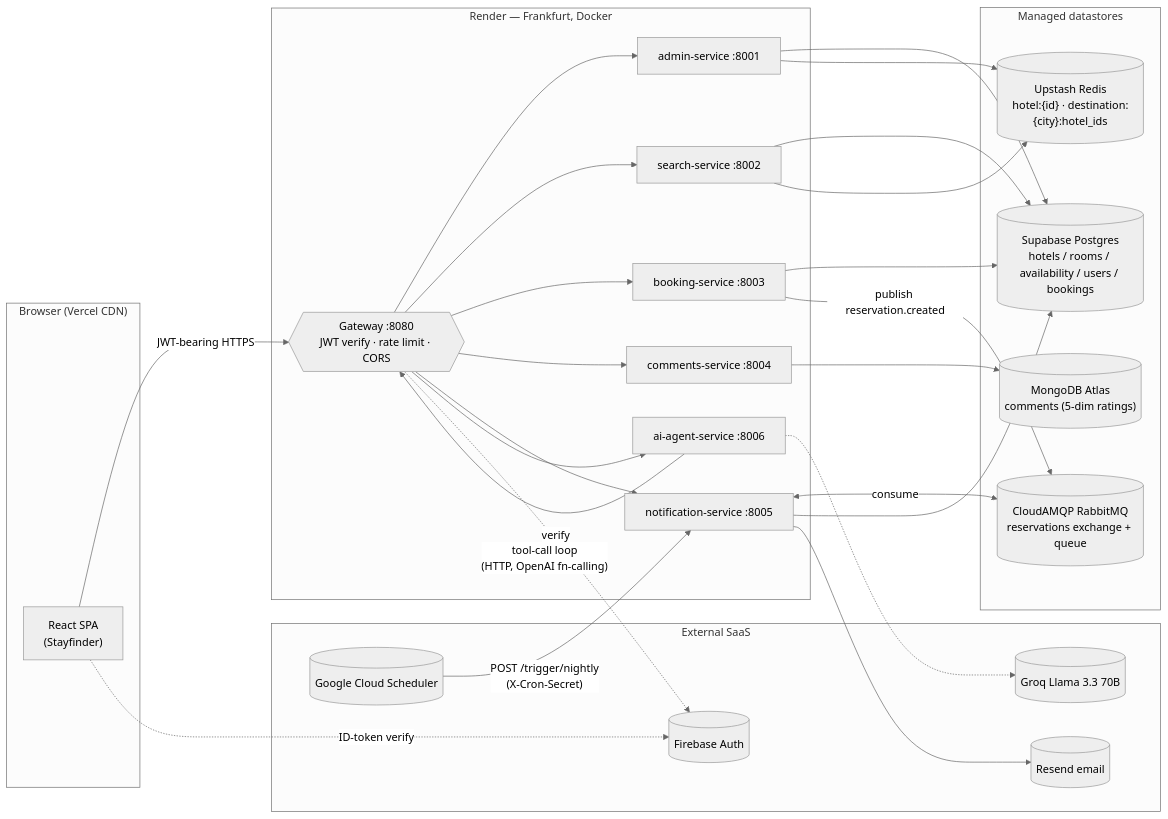
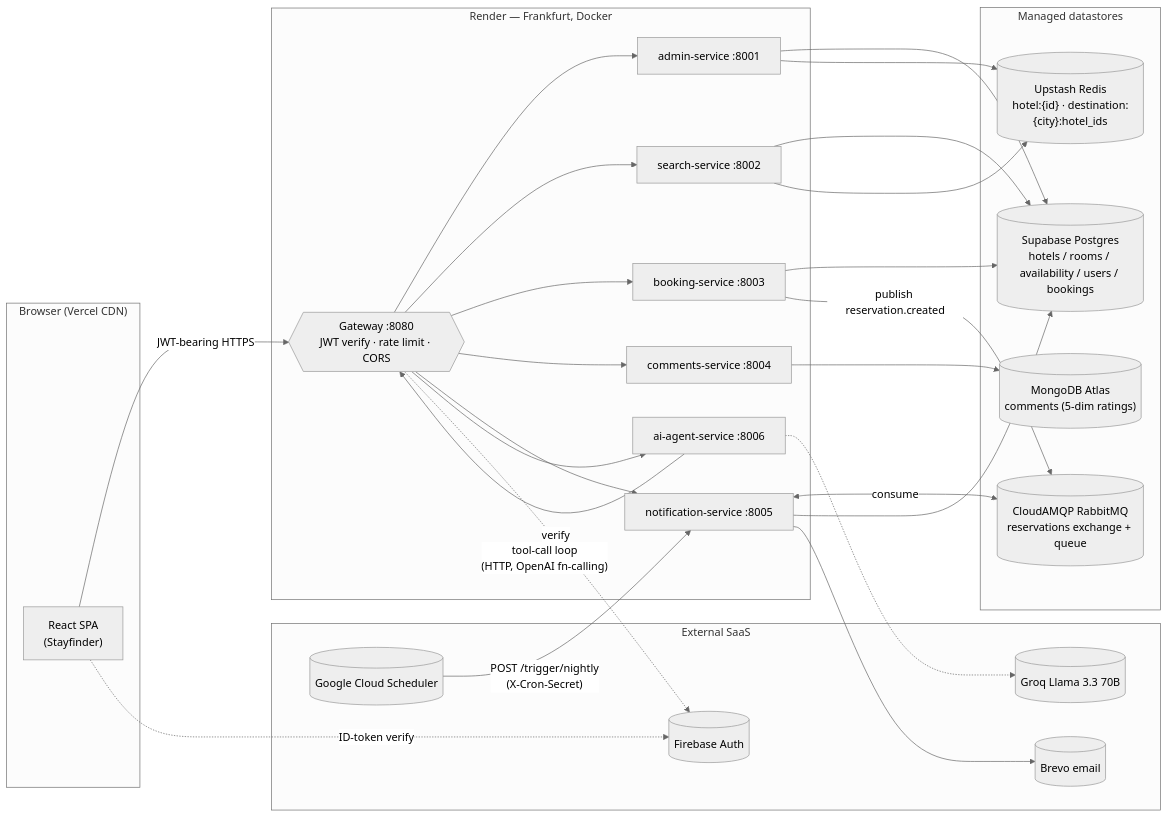
Before and after one commit to batikanakdenizz/Hotel-Booking-System: the first of 2 diagrams in README.md, drawn with Mermaid (neutral theme). The commit also changed other lines of this file and 9 other files, not shown here.

````diff
--- a/README.md
+++ b/README.md
@@ -241,50 +241,50 @@
 ```mermaid
 flowchart LR
     subgraph Browser ["Browser (Vercel CDN)"]
         UI["React SPA<br/>(Stayfinder)"]
     end
 
     subgraph Render ["Render — Frankfurt, Docker"]
         GW{{"Gateway :8080<br/>JWT verify · rate limit · CORS"}}
         ADM["admin-service :8001"]
         SRCH["search-service :8002"]
         BK["booking-service :8003"]
         CMT["comments-service :8004"]
         NTF["notification-service :8005"]
         AI["ai-agent-service :8006"]
     end
 
     subgraph DataStores ["Managed datastores"]
         PG[("Supabase Postgres<br/>hotels / rooms / availability / users / bookings")]
         REDIS[("Upstash Redis<br/>hotel:{id} · destination:{city}:hotel_ids")]
         MONGO[("MongoDB Atlas<br/>comments (5-dim ratings)")]
         MQ[("CloudAMQP RabbitMQ<br/>reservations exchange + queue")]
     end
 
     subgraph External ["External SaaS"]
         FB[("Firebase Auth")]
         GROQ[("Groq Llama 3.3 70B")]
-        RESEND[("Resend email")]
+        RESEND[("Brevo email")]
         GCP[("Google Cloud Scheduler")]
     end
 
     UI -- "JWT-bearing HTTPS" --> GW
     GW --> ADM & SRCH & BK & CMT & NTF & AI
 
     ADM --> PG
     ADM --> REDIS
     SRCH --> PG
     SRCH --> REDIS
     BK --> PG
     BK -- "publish reservation.created" --> MQ
     CMT --> MONGO
     NTF <-- "consume" --> MQ
     NTF --> PG
     NTF --> RESEND
     AI -- "tool-call loop<br/>(HTTP, OpenAI fn-calling)" --> GW
     AI -.-> GROQ
 
     GCP -- "POST /trigger/nightly<br/>(X-Cron-Secret)" --> NTF
     UI -. "ID-token verify" .-> FB
     GW -. verify .-> FB
 ```
````
